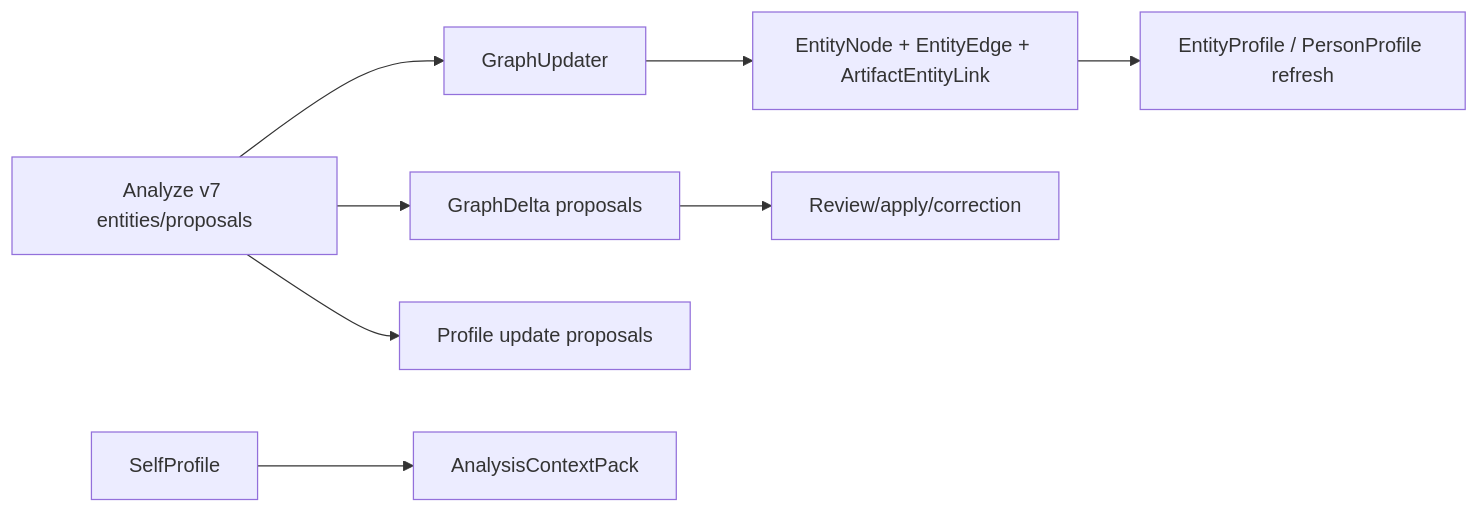
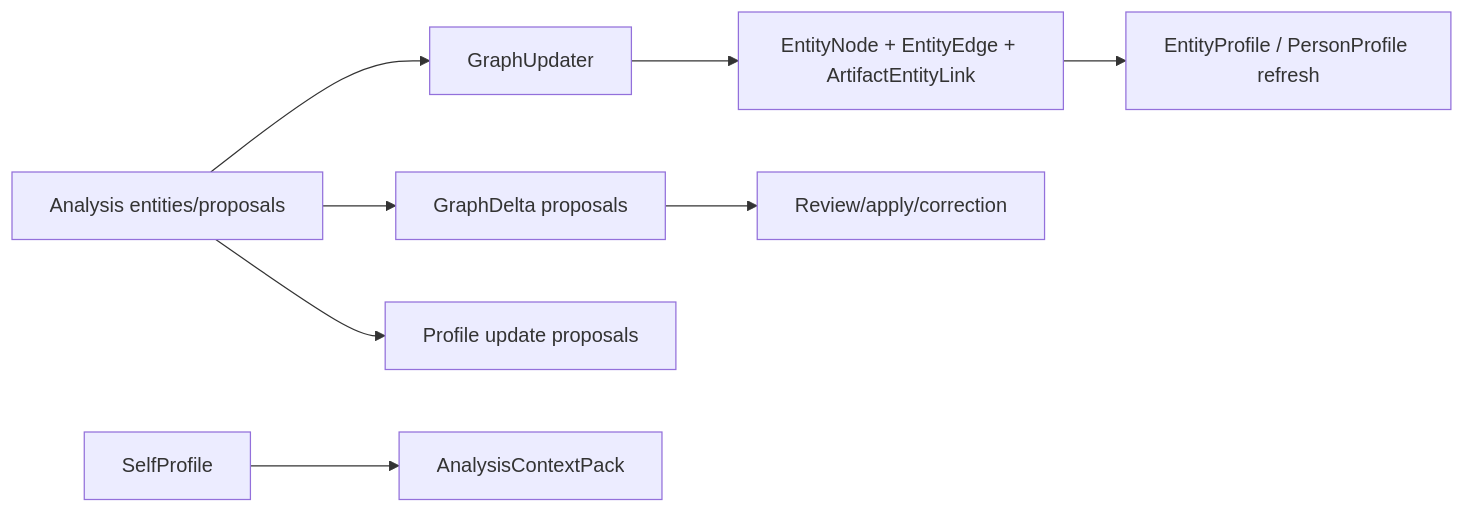
One commit to daaihang/sprout changed the diagram in docs/mory_system_handbook/01_feature_inventory/people_self_graph.md. Above: the diagram before and after it, drawn with Mermaid. The commit also changed other lines of this file and 90 other files, not shown here.

````diff
--- a/docs/mory_system_handbook/01_feature_inventory/people_self_graph.md
+++ b/docs/mory_system_handbook/01_feature_inventory/people_self_graph.md
@@ -30,10 +30,10 @@
 ```mermaid
 flowchart LR
-    A["Analyze v7 entities/proposals"] --> B["GraphUpdater"]
+    A["Analysis entities/proposals"] --> B["GraphUpdater"]
     B --> C["EntityNode + EntityEdge + ArtifactEntityLink"]
     A --> D["GraphDelta proposals"]
     A --> E["Profile update proposals"]
     C --> F["EntityProfile / PersonProfile refresh"]
     D --> G["Review/apply/correction"]
     H["SelfProfile"] --> I["AnalysisContextPack"]
 ```
````
